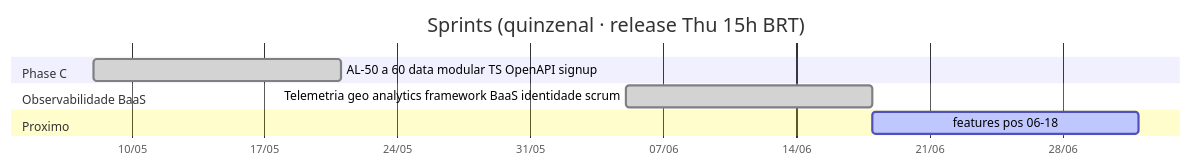
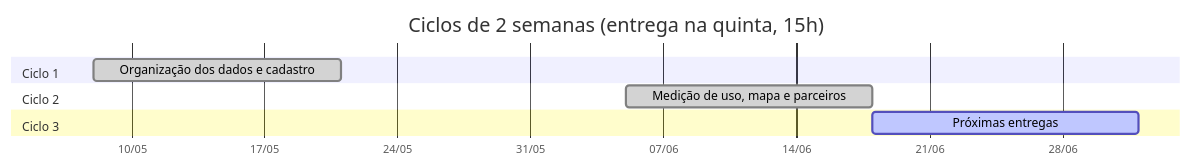
One commit to artelonga/ArteLonga changed the second of 3 diagrams in docs/scrum-retrospective.pt.md. Above: the diagram before and after it, drawn with Mermaid. The commit also changed other lines of this file and 43 other files, not shown here.

First line of the commit message:
feat(docs): diagramas simples e legíveis (sem jargão) em todas as docs (#89)

````diff
--- a/docs/scrum-retrospective.pt.md
+++ b/docs/scrum-retrospective.pt.md
@@ -73,12 +71,12 @@
 ```mermaid
 gantt
-  title Sprints (quinzenal · release Thu 15h BRT)
+  title Ciclos de 2 semanas (entrega na quinta, 15h)
   dateFormat YYYY-MM-DD
   axisFormat %d/%m
-  section Phase C
-  AL-50 a 60 data modular TS OpenAPI signup :done, s1, 2026-05-08, 2026-05-21
-  section Observabilidade BaaS
-  Telemetria geo analytics framework BaaS identidade scrum :done, s2, 2026-06-05, 2026-06-18
-  section Proximo
-  features pos 06-18 :active, s3, 2026-06-18, 2026-07-02
+  section Ciclo 1
+  Organização dos dados e cadastro :done, s1, 2026-05-08, 2026-05-21
+  section Ciclo 2
+  Medição de uso, mapa e parceiros :done, s2, 2026-06-05, 2026-06-18
+  section Ciclo 3
+  Próximas entregas :active, s3, 2026-06-18, 2026-07-02
 ```
````
